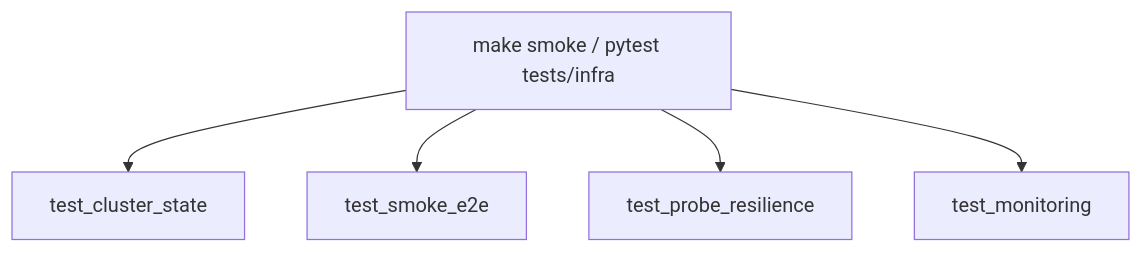
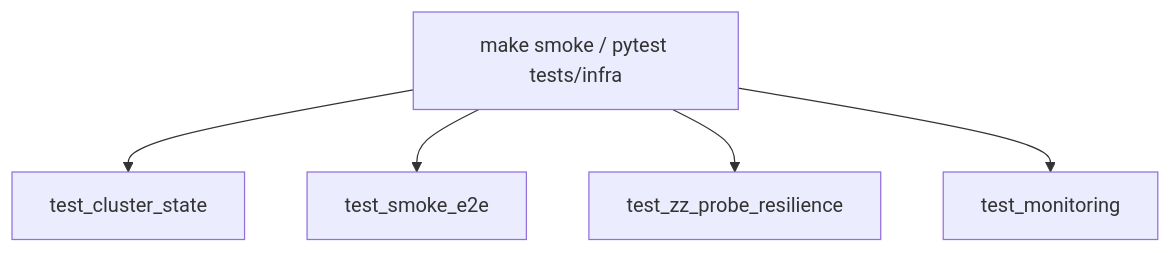
One commit to eqan/Scalable-Fleet-Dispatcher changed diagram 11 of 12 in README.md. Above: the diagram before and after it, drawn with Mermaid. The commit also changed other lines of this file and 2 other files, not shown here.

Commit message:
main: fixing the redis issue on probe resilience test

````diff
--- a/README.md
+++ b/README.md
@@ -503,7 +503,7 @@
 ```mermaid
 flowchart TB
   S["make smoke / pytest tests/infra"] --> CS["test_cluster_state"]
   S --> SM["test_smoke_e2e"]
-  S --> PR["test_probe_resilience"]
+  S --> PR["test_zz_probe_resilience"]
   S --> MO["test_monitoring"]
 ```
````
